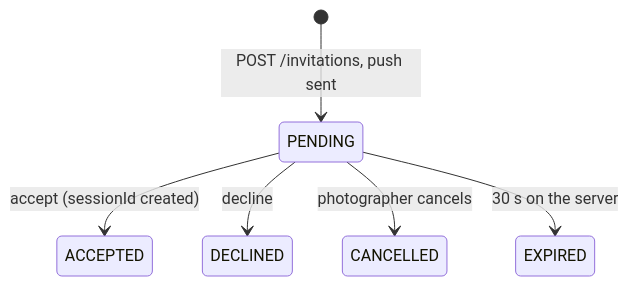
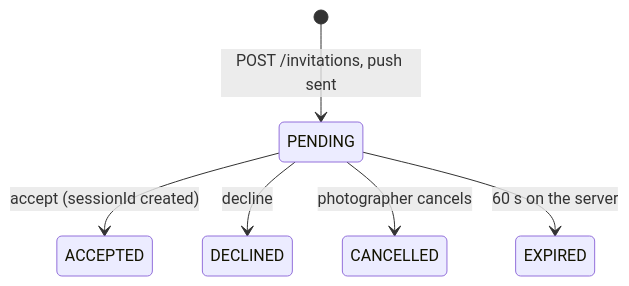
One commit to snuhcs-course/swpp-2026-project-team-10 changed diagram 11 of 12 in wiki/Design-Documentation.md. Above: the diagram before and after it, drawn with Mermaid. The commit also changed other lines of this file and 77 other files, not shown here.

````diff
--- a/wiki/Design-Documentation.md
+++ b/wiki/Design-Documentation.md
@@ -1077,8 +1087,8 @@
 ```mermaid
 stateDiagram-v2
   [*] --> PENDING: POST /invitations, push sent
   PENDING --> ACCEPTED: accept (sessionId created)
   PENDING --> DECLINED: decline
   PENDING --> CANCELLED: photographer cancels
-  PENDING --> EXPIRED: 30 s on the server
+  PENDING --> EXPIRED: 60 s on the server
 ```
````
